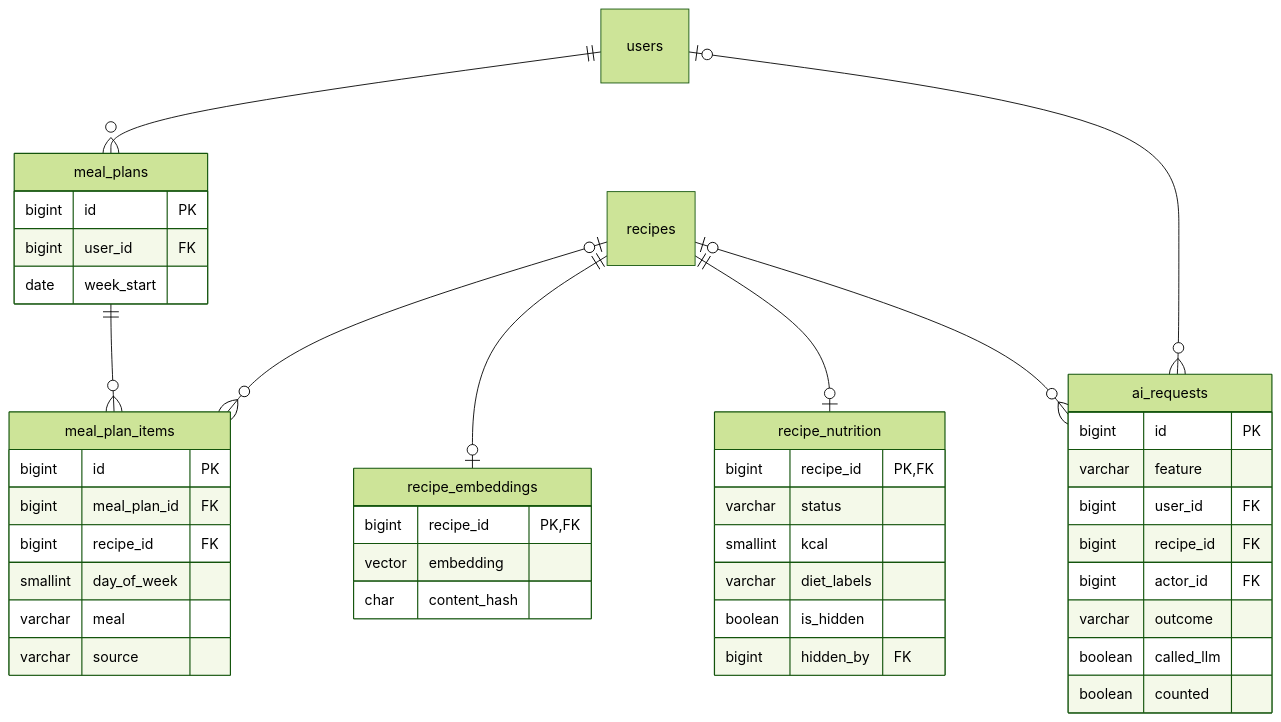
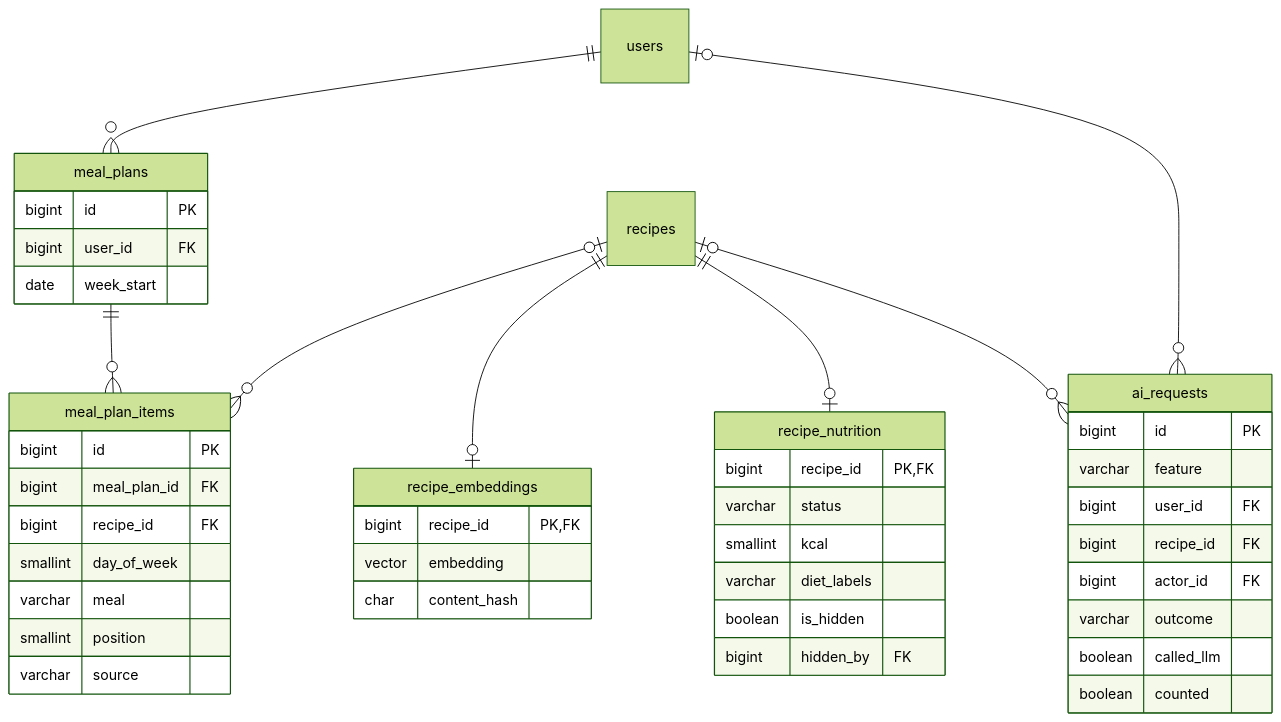
Before and after one commit to ThanhDu14/WikiCook: the fourth of 6 diagrams in docs/analysis-and-design/database/full-schema.md, drawn with Mermaid (forest theme). The commit also changed other lines of this file and 9 other files, not shown here.

````diff
--- a/docs/analysis-and-design/database/full-schema.md
+++ b/docs/analysis-and-design/database/full-schema.md
@@ -282,46 +282,47 @@
 ```mermaid
 erDiagram
     meal_plans {
         bigint id PK
         bigint user_id FK
         date week_start
     }
     meal_plan_items {
         bigint id PK
         bigint meal_plan_id FK
         bigint recipe_id FK
         smallint day_of_week
         varchar meal
+        smallint position
         varchar source
     }
     recipe_embeddings {
         bigint recipe_id PK, FK
         vector embedding
         char content_hash
     }
     recipe_nutrition {
         bigint recipe_id PK, FK
         varchar status
         smallint kcal
         varchar diet_labels
         boolean is_hidden
         bigint hidden_by FK
     }
     ai_requests {
         bigint id PK
         varchar feature
         bigint user_id FK
         bigint recipe_id FK
         bigint actor_id FK
         varchar outcome
         boolean called_llm
         boolean counted
     }
     users ||--o{ meal_plans : ""
     meal_plans ||--o{ meal_plan_items : ""
     recipes |o--o{ meal_plan_items : ""
     recipes ||--o| recipe_embeddings : ""
     recipes ||--o| recipe_nutrition : ""
     users |o--o{ ai_requests : ""
     recipes |o--o{ ai_requests : ""
 ```
````
